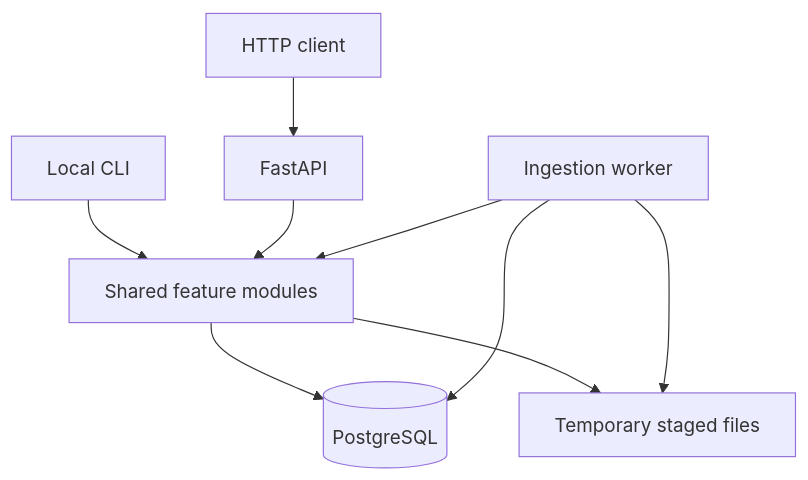
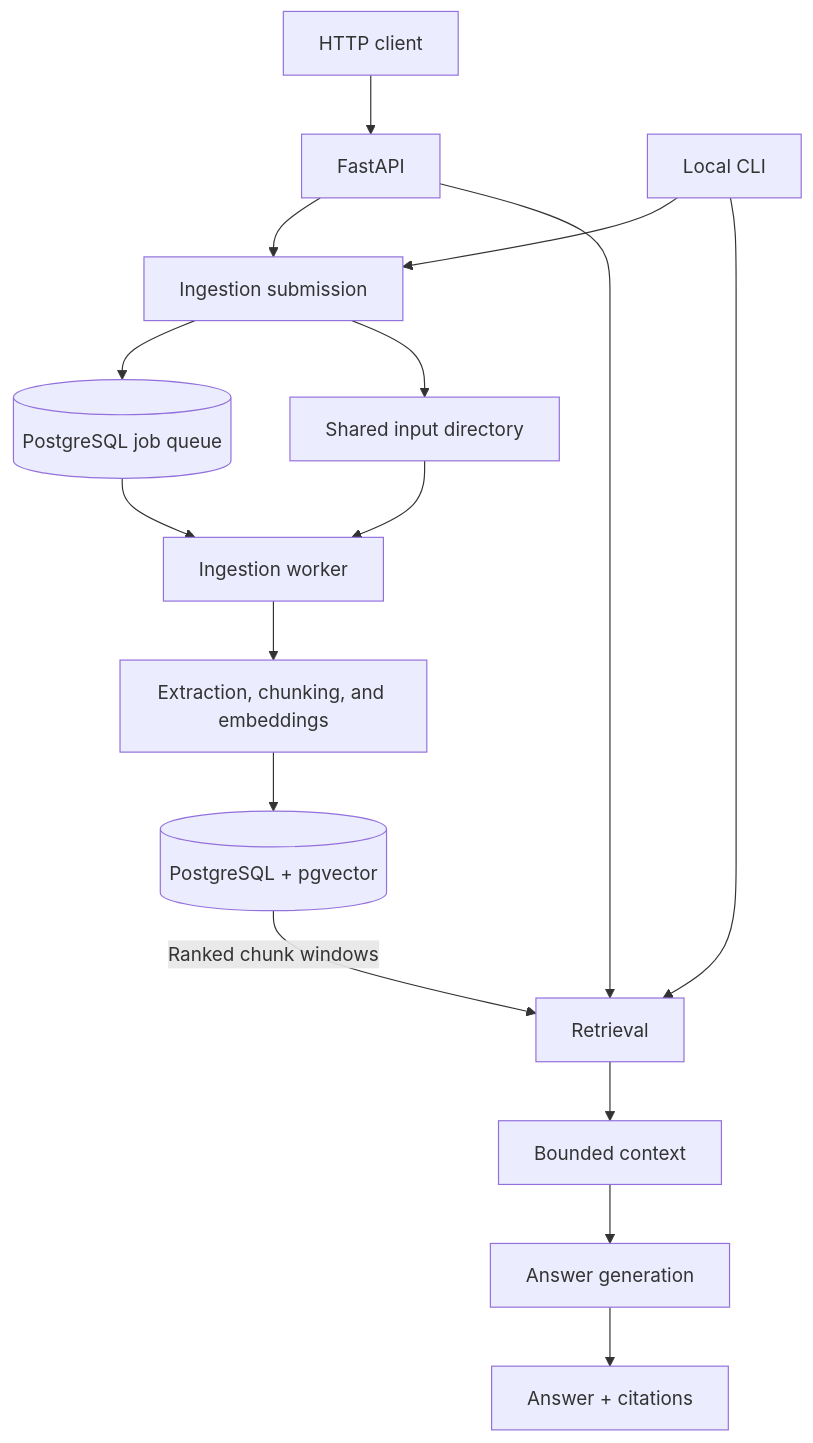
The first of 3 diagrams in docs/explanation/architecture.md (richard-costa/rag-mtst), drawn with Mermaid before and after one commit. The commit also changed other lines of this file and 4 other files, not shown here.

Commit message:
fix(docs): restore original Mermaid diagrams and site layout

````diff
--- a/docs/explanation/architecture.md
+++ b/docs/explanation/architecture.md
@@ -16,16 +16,23 @@
 ```mermaid
 ---
 config:
-  flowchart:
-    useMaxWidth: true
+    flowchart:
+        useMaxWidth: false
 ---
 flowchart TB
-    CLI[Local CLI] --> CORE[Shared feature modules]
-    CLIENT[HTTP client] --> API[FastAPI]
-    API --> CORE
-    CORE --> DB[(PostgreSQL)]
-    CORE --> FILES[Temporary staged files]
-    WORKER[Ingestion worker] --> DB
-    WORKER --> FILES
-    WORKER --> CORE
+    http[HTTP client] --> api[FastAPI]
+    cli[Local CLI] --> submission[Ingestion submission]
+    api --> submission
+    submission --> queue[(PostgreSQL job queue)]
+    submission --> staging[Shared input directory]
+    queue --> worker[Ingestion worker]
+    staging --> worker
+    worker --> indexing[Extraction, chunking, and embeddings]
+    indexing --> documents[(PostgreSQL + pgvector)]
+    api --> retrieval[Retrieval]
+    cli --> retrieval
+    documents -->|Ranked chunk windows| retrieval
+    retrieval --> context[Bounded context]
+    context --> generation[Answer generation]
+    generation --> answer[Answer + citations]
 ```
````
